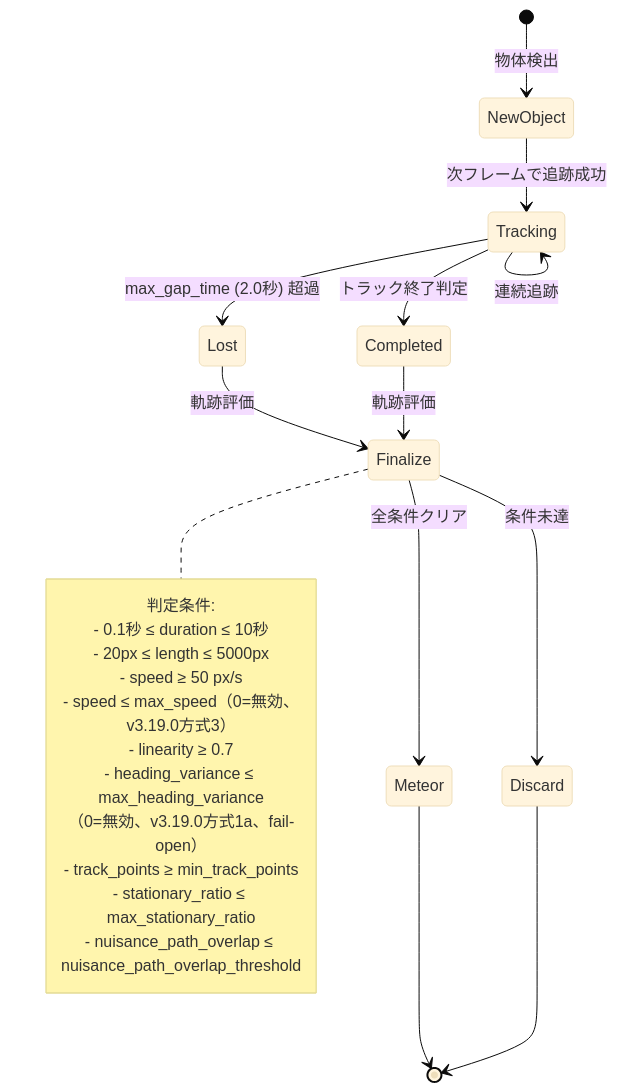
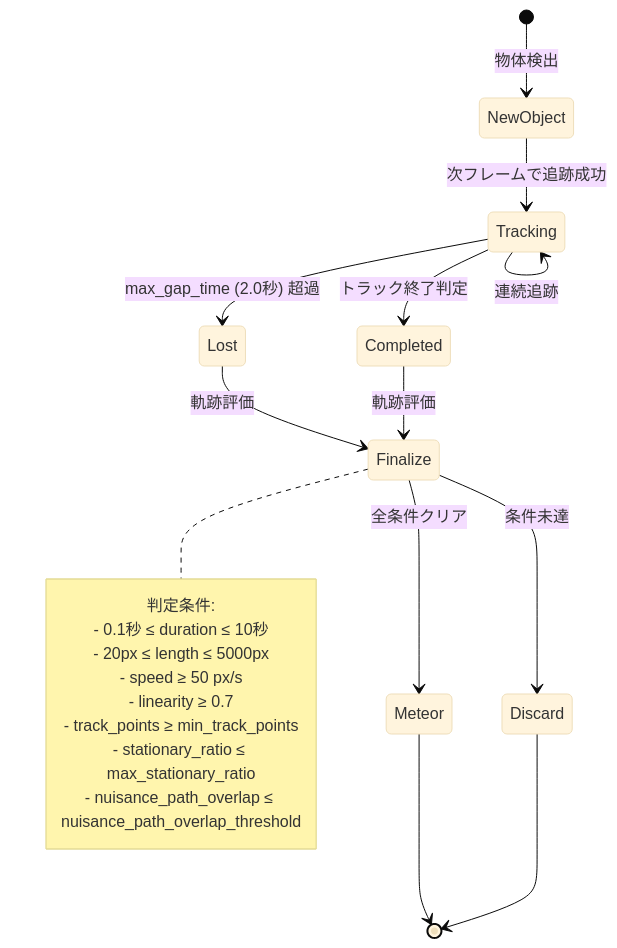
The sixth of 12 diagrams in documents/DETECTOR_COMPONENTS.md (Masakai/meteo), drawn with Mermaid (base theme) before and after one commit. The commit also changed other lines of this file and 42 other files, not shown here.

````diff
--- a/documents/DETECTOR_COMPONENTS.md
+++ b/documents/DETECTOR_COMPONENTS.md
@@ -300,30 +300,27 @@
 ```mermaid
 stateDiagram-v2
     [*] --> NewObject: 物体検出
     NewObject --> Tracking: 次フレームで追跡成功
     Tracking --> Tracking: 連続追跡
     Tracking --> Lost: max_gap_time (2.0秒) 超過
     Tracking --> Completed: トラック終了判定
     Lost --> Finalize: 軌跡評価
     Completed --> Finalize: 軌跡評価
 
     Finalize --> Meteor: 全条件クリア
     Finalize --> Discard: 条件未達
 
     Meteor --> [*]
     Discard --> [*]
 
     note right of Finalize
         判定条件:
         - 0.1秒 ≤ duration ≤ 10秒
         - 20px ≤ length ≤ 5000px
         - speed ≥ 50 px/s
-        - speed ≤ max_speed（0=無効、v3.19.0方式3）
         - linearity ≥ 0.7
-        - heading_variance ≤ max_heading_variance
-          （0=無効、v3.19.0方式1a、fail-open）
         - track_points ≥ min_track_points
         - stationary_ratio ≤ max_stationary_ratio
         - nuisance_path_overlap ≤ nuisance_path_overlap_threshold
     end note
 ```
````
